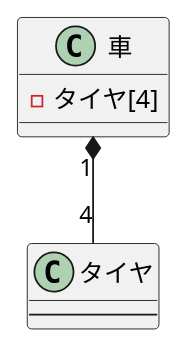
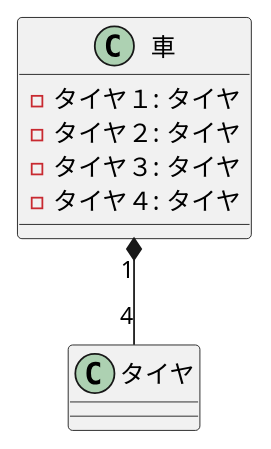
One commit to allface017/uml-introduction changed the diagram in 演習3-4_クラス図.pu. Above: the diagram before and after it, drawn with PlantUML. The commit also changed 1 other file, not shown here.

```diff
--- a/演習3-4_クラス図.pu
+++ b/演習3-4_クラス図.pu
@@ -1,11 +1,16 @@
 @startuml クラス図
-class "車" as car {
--タイヤ[4]
-}
-class "タイヤ" as T {
----
+
+
+class 車 {
+  - タイヤ１: タイヤ
+  - タイヤ２: タイヤ
+  - タイヤ３: タイヤ
+  - タイヤ４: タイヤ
 }
 
-car "1" *-- "4" T
+class タイヤ {
+}
+
+車 "1" *-- "4" タイヤ
 
 @enduml
```
